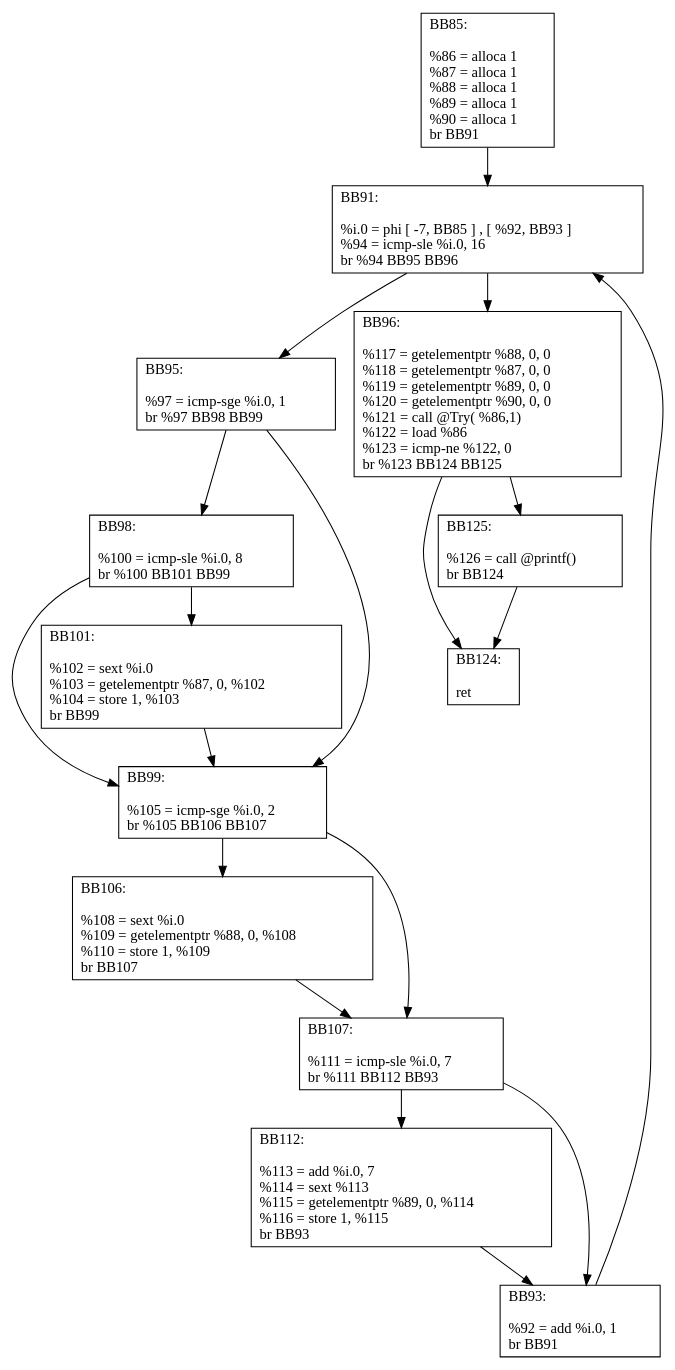
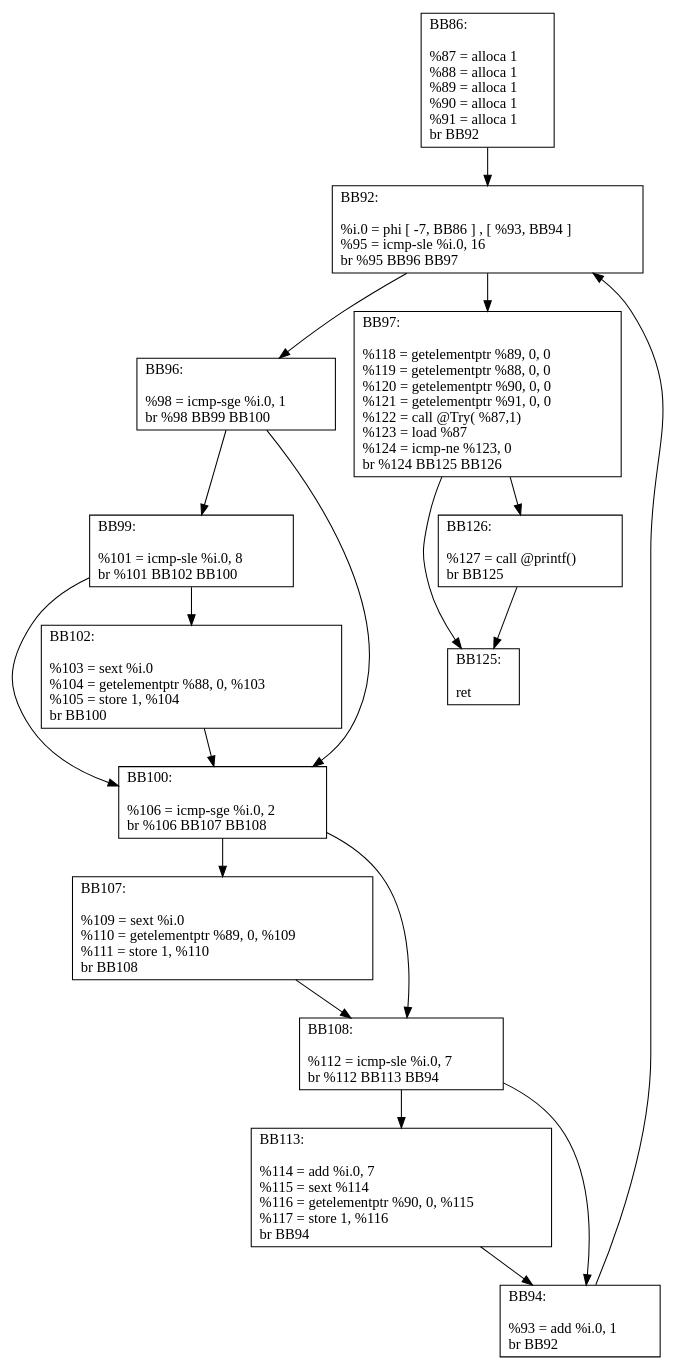
The diagram in src/dot_files/Queens/Doit.dot (angelica-moreira/CfgGenerator), drawn with Graphviz before and after one commit. The commit also changed 83 other files, not shown here.

Commit message:
Updating the phi node label generator for the special case when it does not have name and updating the dot files

```diff
--- a/src/dot_files/Queens/Doit.dot
+++ b/src/dot_files/Queens/Doit.dot
@@ -1,102 +1,102 @@
 digraph "CFG for 'Doit' function" {
-BB85 [shape=record,
-    label="{BB85:\l\l
-             %86 = alloca 1\l
+BB86 [shape=record,
+    label="{BB86:\l\l
              %87 = alloca 1\l
              %88 = alloca 1\l
              %89 = alloca 1\l
              %90 = alloca 1\l
-             br BB91\l
+             %91 = alloca 1\l
+             br BB92\l
              }"];
-BB85 -> BB91
-BB91 [shape=record,
-    label="{BB91:\l\l
-             %i.0 = phi [ -7, BB85 ] , [ %92, BB93 ] \l
-             %94 = icmp-sle %i.0, 16\l
-             br %94 BB95 BB96\l
+BB86 -> BB92
+BB92 [shape=record,
+    label="{BB92:\l\l
+             %i.0 = phi [ -7, BB86 ] , [ %93, BB94 ] \l
+             %95 = icmp-sle %i.0, 16\l
+             br %95 BB96 BB97\l
              }"];
-BB91 -> BB95
-BB91 -> BB96
-BB95 [shape=record,
-    label="{BB95:\l\l
-             %97 = icmp-sge %i.0, 1\l
-             br %97 BB98 BB99\l
+BB92 -> BB96
+BB92 -> BB97
+BB96 [shape=record,
+    label="{BB96:\l\l
+             %98 = icmp-sge %i.0, 1\l
+             br %98 BB99 BB100\l
              }"];
-BB95 -> BB98
-BB95 -> BB99
-BB98 [shape=record,
-    label="{BB98:\l\l
-             %100 = icmp-sle %i.0, 8\l
-             br %100 BB101 BB99\l
-             }"];
-BB98 -> BB101
-BB98 -> BB99
-BB101 [shape=record,
-    label="{BB101:\l\l
-             %102 = sext %i.0\l
-             %103 = getelementptr %87, 0, %102\l
-             %104 = store 1, %103\l
-             br BB99\l
-             }"];
-BB101 -> BB99
+BB96 -> BB99
+BB96 -> BB100
 BB99 [shape=record,
     label="{BB99:\l\l
-             %105 = icmp-sge %i.0, 2\l
-             br %105 BB106 BB107\l
+             %101 = icmp-sle %i.0, 8\l
+             br %101 BB102 BB100\l
              }"];
-BB99 -> BB106
-BB99 -> BB107
-BB106 [shape=record,
-    label="{BB106:\l\l
-             %108 = sext %i.0\l
-             %109 = getelementptr %88, 0, %108\l
-             %110 = store 1, %109\l
-             br BB107\l
+BB99 -> BB102
+BB99 -> BB100
+BB102 [shape=record,
+    label="{BB102:\l\l
+             %103 = sext %i.0\l
+             %104 = getelementptr %88, 0, %103\l
+             %105 = store 1, %104\l
+             br BB100\l
              }"];
-BB106 -> BB107
+BB102 -> BB100
+BB100 [shape=record,
+    label="{BB100:\l\l
+             %106 = icmp-sge %i.0, 2\l
+             br %106 BB107 BB108\l
+             }"];
+BB100 -> BB107
+BB100 -> BB108
 BB107 [shape=record,
     label="{BB107:\l\l
-             %111 = icmp-sle %i.0, 7\l
-             br %111 BB112 BB93\l
+             %109 = sext %i.0\l
+             %110 = getelementptr %89, 0, %109\l
+             %111 = store 1, %110\l
+             br BB108\l
              }"];
-BB107 -> BB112
-BB107 -> BB93
-BB112 [shape=record,
-    label="{BB112:\l\l
-             %113 = add %i.0, 7\l
-             %114 = sext %113\l
-             %115 = getelementptr %89, 0, %114\l
-             %116 = store 1, %115\l
-             br BB93\l
+BB107 -> BB108
+BB108 [shape=record,
+    label="{BB108:\l\l
+             %112 = icmp-sle %i.0, 7\l
+             br %112 BB113 BB94\l
              }"];
-BB112 -> BB93
-BB93 [shape=record,
-    label="{BB93:\l\l
-             %92 = add %i.0, 1\l
-             br BB91\l
+BB108 -> BB113
+BB108 -> BB94
+BB113 [shape=record,
+    label="{BB113:\l\l
+             %114 = add %i.0, 7\l
+             %115 = sext %114\l
+             %116 = getelementptr %90, 0, %115\l
+             %117 = store 1, %116\l
+             br BB94\l
              }"];
-BB93 -> BB91
-BB96 [shape=record,
-    label="{BB96:\l\l
-             %117 = getelementptr %88, 0, 0\l
-             %118 = getelementptr %87, 0, 0\l
-             %119 = getelementptr %89, 0, 0\l
+BB113 -> BB94
+BB94 [shape=record,
+    label="{BB94:\l\l
+             %93 = add %i.0, 1\l
+             br BB92\l
+             }"];
+BB94 -> BB92
+BB97 [shape=record,
+    label="{BB97:\l\l
+             %118 = getelementptr %89, 0, 0\l
+             %119 = getelementptr %88, 0, 0\l
              %120 = getelementptr %90, 0, 0\l
-             %121 = call @Try( %86,1)\l
-             %122 = load %86\l
-             %123 = icmp-ne %122, 0\l
-             br %123 BB124 BB125\l
+             %121 = getelementptr %91, 0, 0\l
+             %122 = call @Try( %87,1)\l
+             %123 = load %87\l
+             %124 = icmp-ne %123, 0\l
+             br %124 BB125 BB126\l
              }"];
-BB96 -> BB124
-BB96 -> BB125
+BB97 -> BB125
+BB97 -> BB126
+BB126 [shape=record,
+    label="{BB126:\l\l
+             %127 = call @printf()\l
+             br BB125\l
+             }"];
+BB126 -> BB125
 BB125 [shape=record,
     label="{BB125:\l\l
-             %126 = call @printf()\l
-             br BB124\l
-             }"];
-BB125 -> BB124
-BB124 [shape=record,
-    label="{BB124:\l\l
              ret\l
              }"];
 }
```
